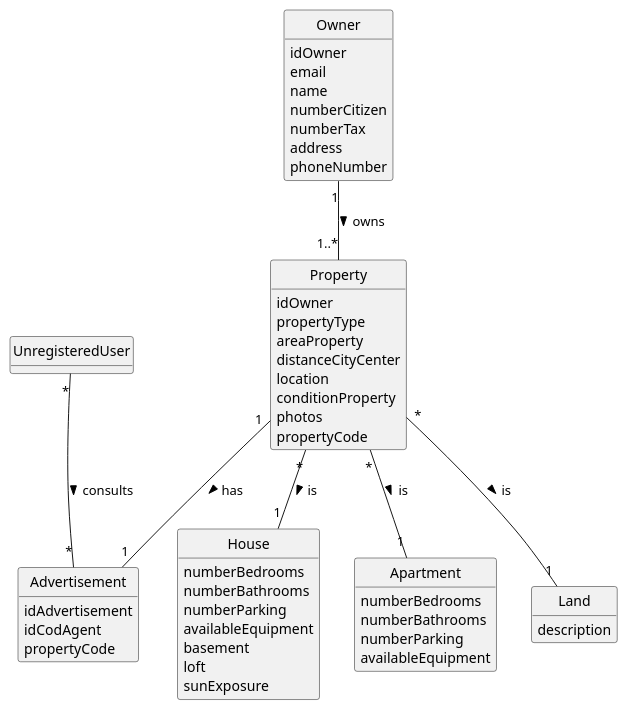
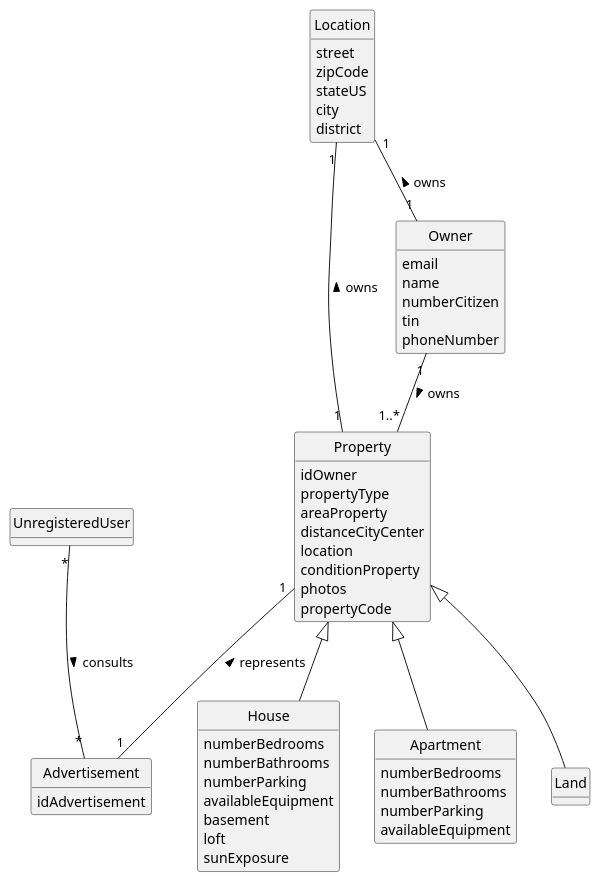
The diagram in docs/sprintA/us001/02.analysis/puml/us001-domain-model.puml (PEDROMOREIRA45/lei-23-s2-1dg-g31), drawn with PlantUML before and after one commit. The commit also changed 2 other files, not shown here.

```diff
--- a/docs/sprintA/us001/02.analysis/puml/us001-domain-model.puml
+++ b/docs/sprintA/us001/02.analysis/puml/us001-domain-model.puml
@@ -1,74 +1,78 @@
 @startuml
 skinparam monochrome true
 skinparam packageStyle rectangle
 skinparam shadowing false
 
 'left to right direction
 
 skinparam classAttributeIconSize 0
 
 hide circle
 hide methods
 
 
 class Property{
     idOwner
     propertyType
     areaProperty
     distanceCityCenter
     location
     conditionProperty
     photos
     propertyCode
 }
 
 class UnregisteredUser
 
 class Owner {
-    idOwner
     email
     name
     numberCitizen
-    numberTax
-    address
+    tin
     phoneNumber
 }
 
 
 class House {
     numberBedrooms
     numberBathrooms
     numberParking
     availableEquipment
     basement
     loft
     sunExposure
 }
 
 class Apartment{
     numberBedrooms
     numberBathrooms
     numberParking
     availableEquipment
 }
 
-class Land{
-    description
-}
+class Land
 
 class Advertisement {
     idAdvertisement
-    idCodAgent
-    propertyCode
+}
+
+class Location{
+    street
+    zipCode
+    stateUS
+    city
+    district
 }
 
 
 
 UnregisteredUser "*" -- "*" Advertisement: consults >
 Owner "1"--"1..*" Property: owns >
-Property "*" -- "1" Land: is >
-Property "*" -- "1" Apartment: is >
-Property "*" -- "1" House: is >
-Property "1" -- "1" Advertisement: has >
+Property  <|-- Land
+Property <|-- Apartment
+Property <|-- House
+Property "1" -- "1" Advertisement: represents <
+Location "1" -- "1" Property: owns <
+Location "1" -- "1" Owner: owns <
 
 @enduml
```
